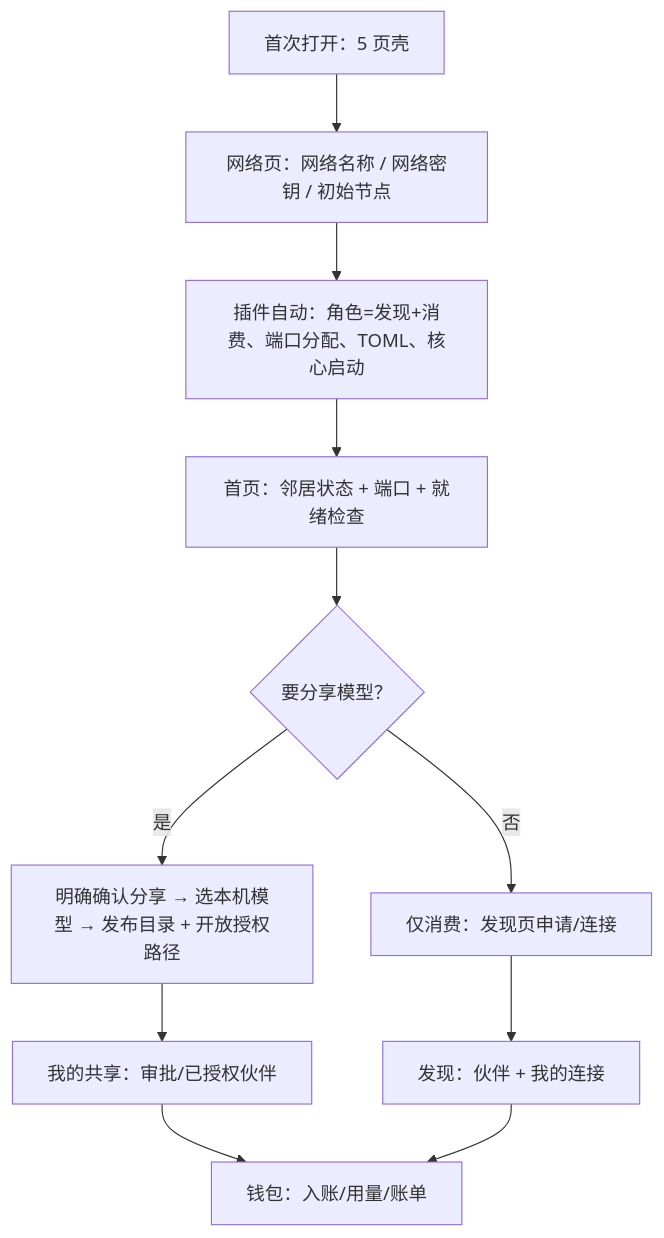
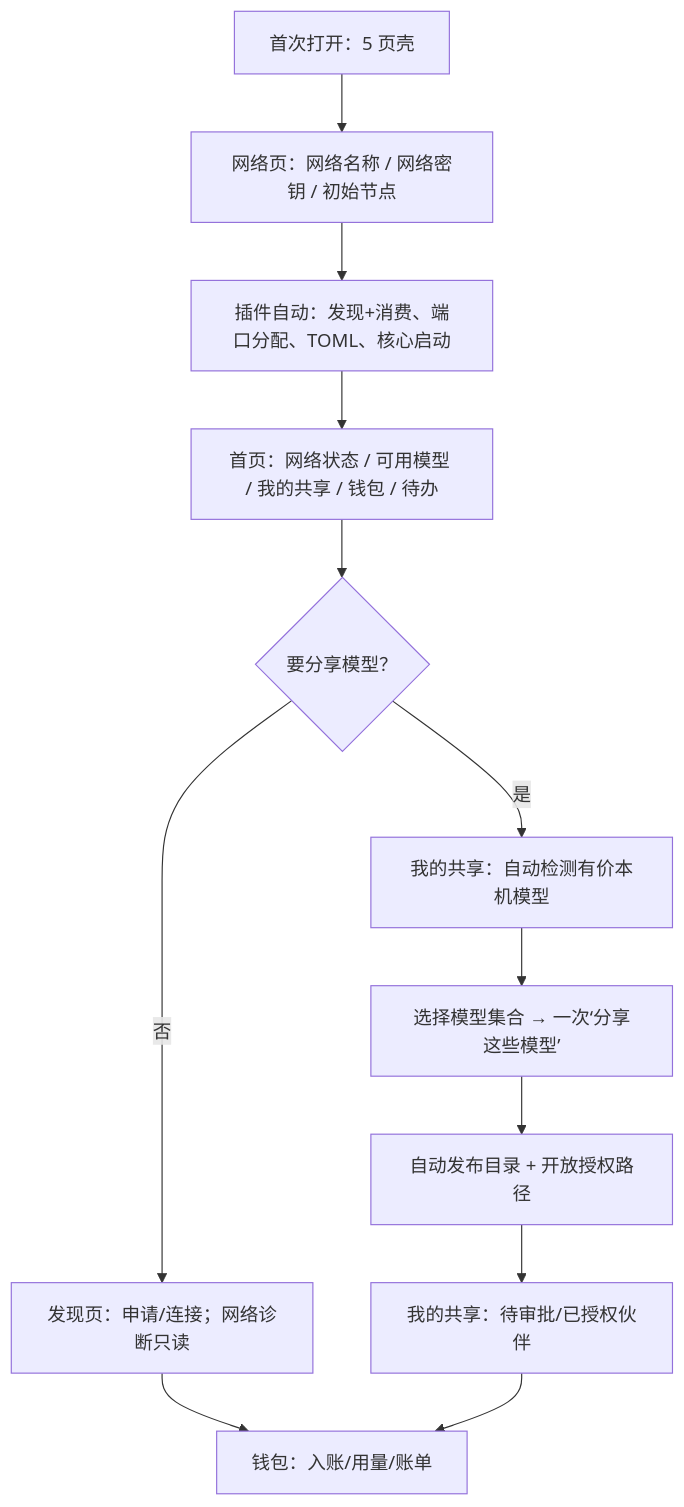
One commit to faithleysath/magpie-oh-my-aihub changed the third of 7 diagrams in docs/phase10/FLOWS.md. Above: the diagram before and after it, drawn with Mermaid. The commit also changed other lines of this file and 2 other files, not shown here.

````diff
--- a/docs/phase10/FLOWS.md
+++ b/docs/phase10/FLOWS.md
@@ -102,13 +105,14 @@
 ```mermaid
 flowchart TD
   F1["首次打开：5 页壳"] --> F2["网络页：网络名称 / 网络密钥 / 初始节点"]
-  F2 --> F3["插件自动：角色=发现+消费、端口分配、TOML、核心启动"]
-  F3 --> F4["首页：邻居状态 + 端口 + 就绪检查"]
+  F2 --> F3["插件自动：发现+消费、端口分配、TOML、核心启动"]
+  F3 --> F4["首页：网络状态 / 可用模型 / 我的共享 / 钱包 / 待办"]
   F4 --> F5{"要分享模型？"}
-  F5 -->|否| F6["仅消费：发现页申请/连接"]
-  F5 -->|是| F7["明确确认分享 → 选本机模型 → 发布目录 + 开放授权路径"]
-  F7 --> F8["我的共享：审批/已授权伙伴"]
-  F6 --> F9["发现：伙伴 + 我的连接"]
-  F8 --> F10["钱包：入账/用量/账单"]
-  F9 --> F10
+  F5 -->|否| F6["发现页：申请/连接；网络诊断只读"]
+  F5 -->|是| F7["我的共享：自动检测有价本机模型"]
+  F7 --> F8["选择模型集合 → 一次‘分享这些模型’"]
+  F8 --> F9["自动发布目录 + 开放授权路径"]
+  F9 --> F10["我的共享：待审批/已授权伙伴"]
+  F6 --> F11["钱包：入账/用量/账单"]
+  F10 --> F11
 ```
````
